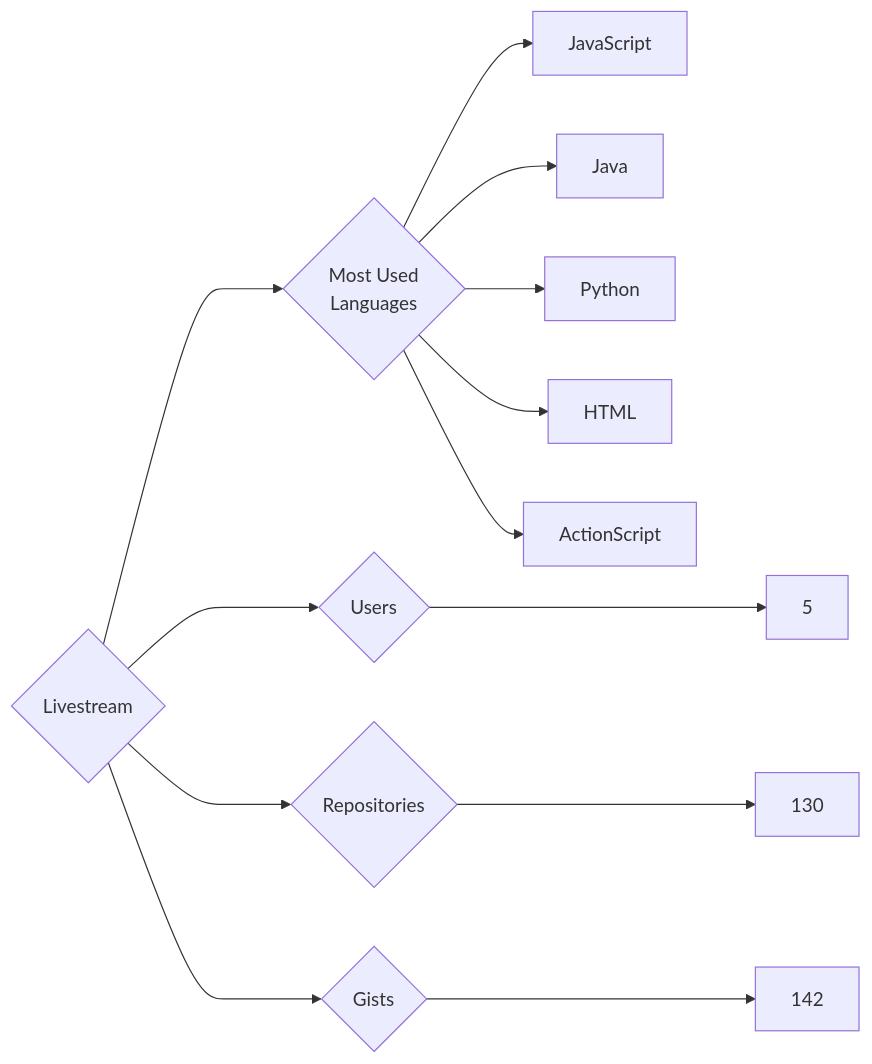
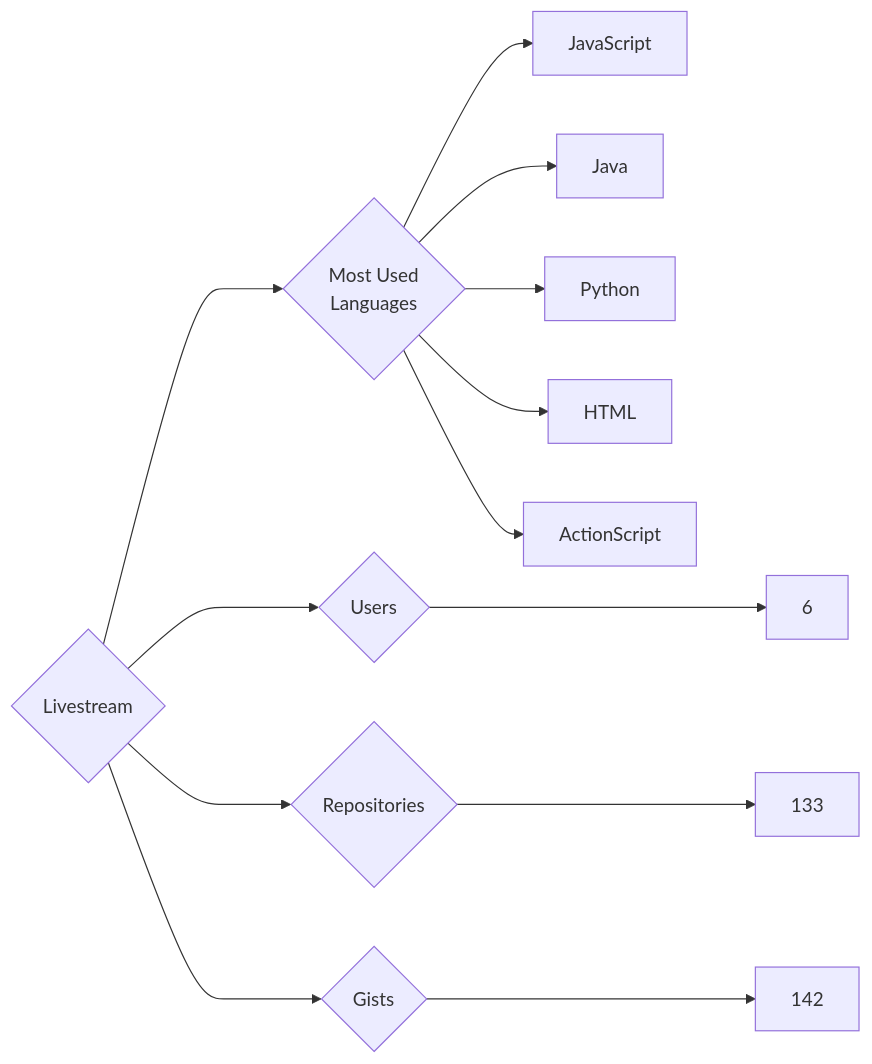
One commit to trickest/insiders changed the diagram in targets/Livestream/README.md. Above: the diagram before and after it, drawn with Mermaid. The commit also changed 965 other files, not shown here.

````diff
--- a/targets/Livestream/README.md
+++ b/targets/Livestream/README.md
@@ -3,13 +3,13 @@
 ```mermaid
 graph LR
 COMPANY_NAME{Livestream}
-COMPANY_NAME ---> U{Users} ---> UN[5]
-COMPANY_NAME ---> R{Repositories} ---> RN[130]
+COMPANY_NAME ---> U{Users} ---> UN[6]
+COMPANY_NAME ---> R{Repositories} ---> RN[133]
 COMPANY_NAME ---> G{Gists} ---> GN[142]
 COMPANY_NAME ---> ML{Most Used<br>Languages}
 ML --> JavaScript[JavaScript]
 ML --> Java[Java]
 ML --> Python[Python]
 ML --> HTML[HTML]
 ML --> ActionScript[ActionScript]
 ```
````
